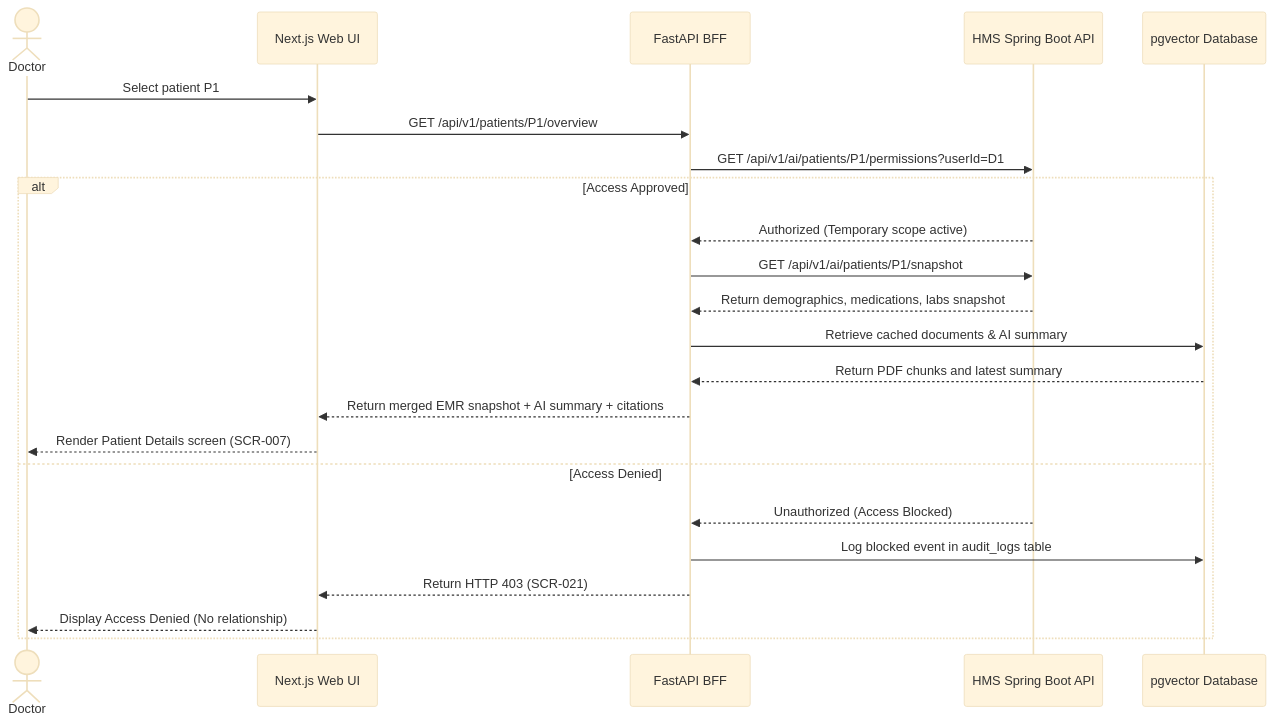
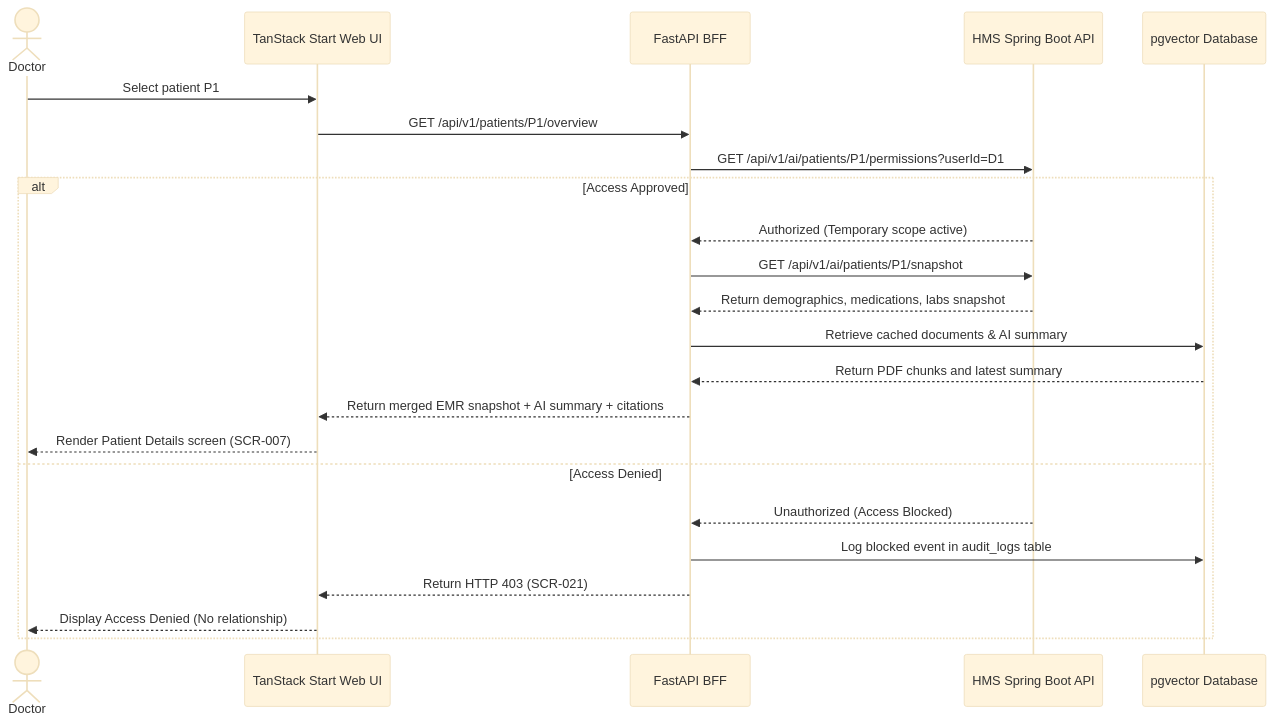
The second of 2 diagrams in docs/04-architecture/architecture.md (qwan30/chat-hospital-system), drawn with Mermaid (base theme) before and after one commit. The commit also changed other lines of this file and 129 other files, not shown here.

````diff
--- a/docs/04-architecture/architecture.md
+++ b/docs/04-architecture/architecture.md
@@ -56,26 +56,26 @@
 ```mermaid
 sequenceDiagram
     actor Doctor
-    participant UI as Next.js Web UI
+    participant UI as TanStack Start Web UI
     participant BFF as FastAPI BFF
     participant HMS as HMS Spring Boot API
     participant PG as pgvector Database
 
     Doctor->>UI: Select patient P1
     UI->>BFF: GET /api/v1/patients/P1/overview
     BFF->>HMS: GET /api/v1/ai/patients/P1/permissions?userId=D1
     alt Access Approved
         HMS-->>BFF: Authorized (Temporary scope active)
         BFF->>HMS: GET /api/v1/ai/patients/P1/snapshot
         HMS-->>BFF: Return demographics, medications, labs snapshot
         BFF->>PG: Retrieve cached documents & AI summary
         PG-->>BFF: Return PDF chunks and latest summary
         BFF-->>UI: Return merged EMR snapshot + AI summary + citations
         UI-->>Doctor: Render Patient Details screen (SCR-007)
     else Access Denied
         HMS-->>BFF: Unauthorized (Access Blocked)
         BFF->>PG: Log blocked event in audit_logs table
         BFF-->>UI: Return HTTP 403 (SCR-021)
         UI-->>Doctor: Display Access Denied (No relationship)
     end
 ```
````
